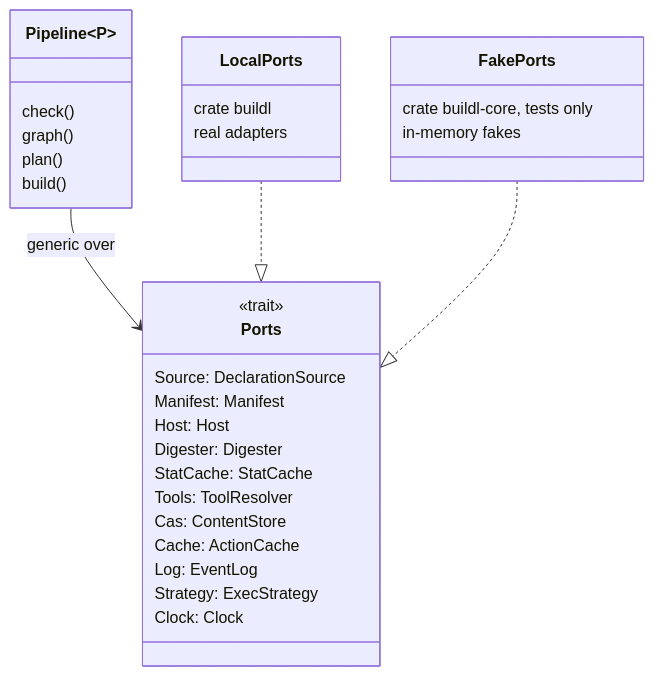
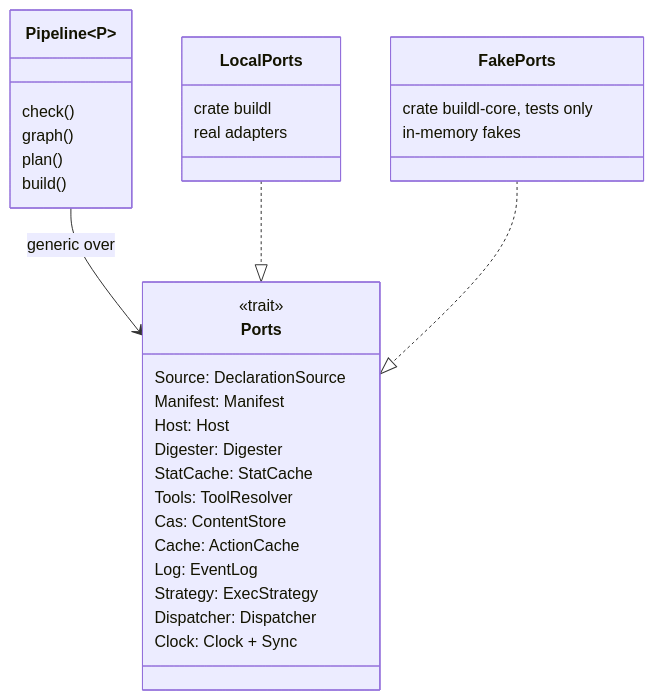
Before and after one commit to airsstack/buildl: the fifth of 7 diagrams in docs/architecture-building-blocks.md, drawn with Mermaid. The commit also changed other lines of this file and 53 other files, not shown here.

````diff
--- a/docs/architecture-building-blocks.md
+++ b/docs/architecture-building-blocks.md
@@ -256,35 +279,36 @@
 ```mermaid
 %% C4 level 4 — the Ports bundle and its two implementations
 classDiagram
     class Pipeline~P~ {
         check()
         graph()
         plan()
         build()
     }
     class Ports {
         <<trait>>
         Source: DeclarationSource
         Manifest: Manifest
         Host: Host
         Digester: Digester
         StatCache: StatCache
         Tools: ToolResolver
         Cas: ContentStore
         Cache: ActionCache
         Log: EventLog
         Strategy: ExecStrategy
-        Clock: Clock
+        Dispatcher: Dispatcher
+        Clock: Clock + Sync
     }
     class LocalPorts {
         crate buildl
         real adapters
     }
     class FakePorts {
         crate buildl-core, tests only
         in-memory fakes
     }
     Pipeline --> Ports : generic over
     LocalPorts ..|> Ports
     FakePorts ..|> Ports
 ```
````
